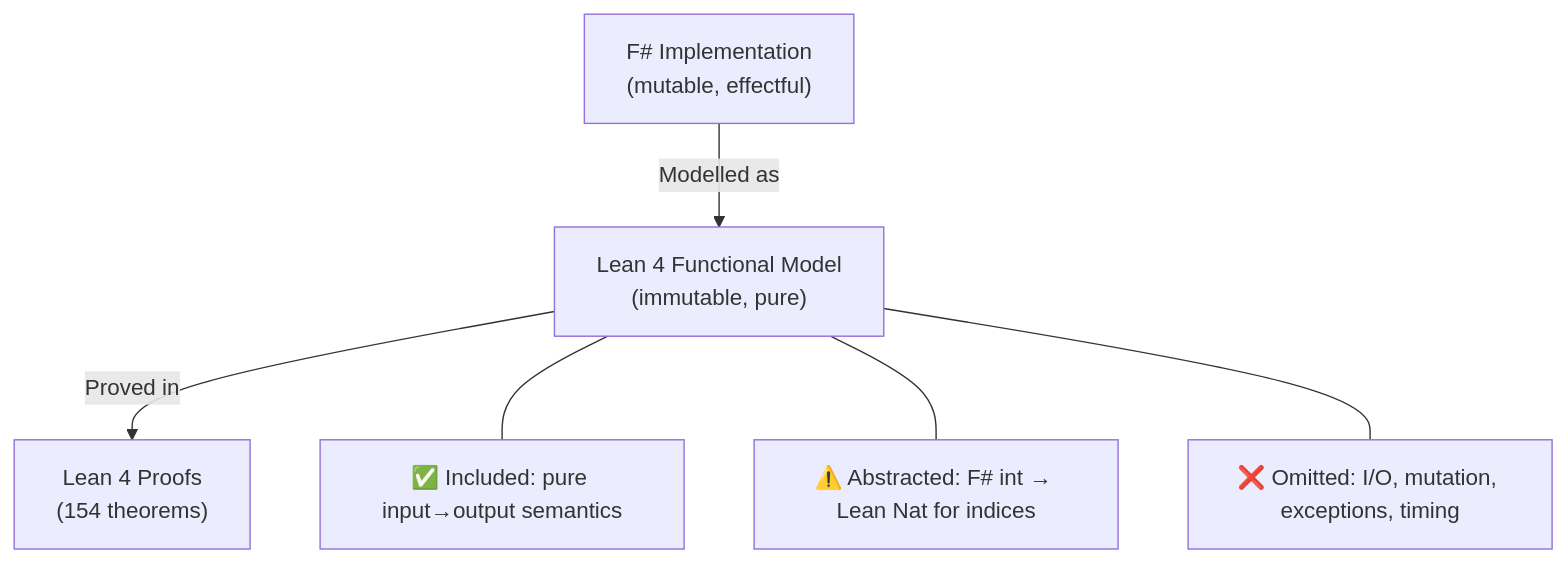
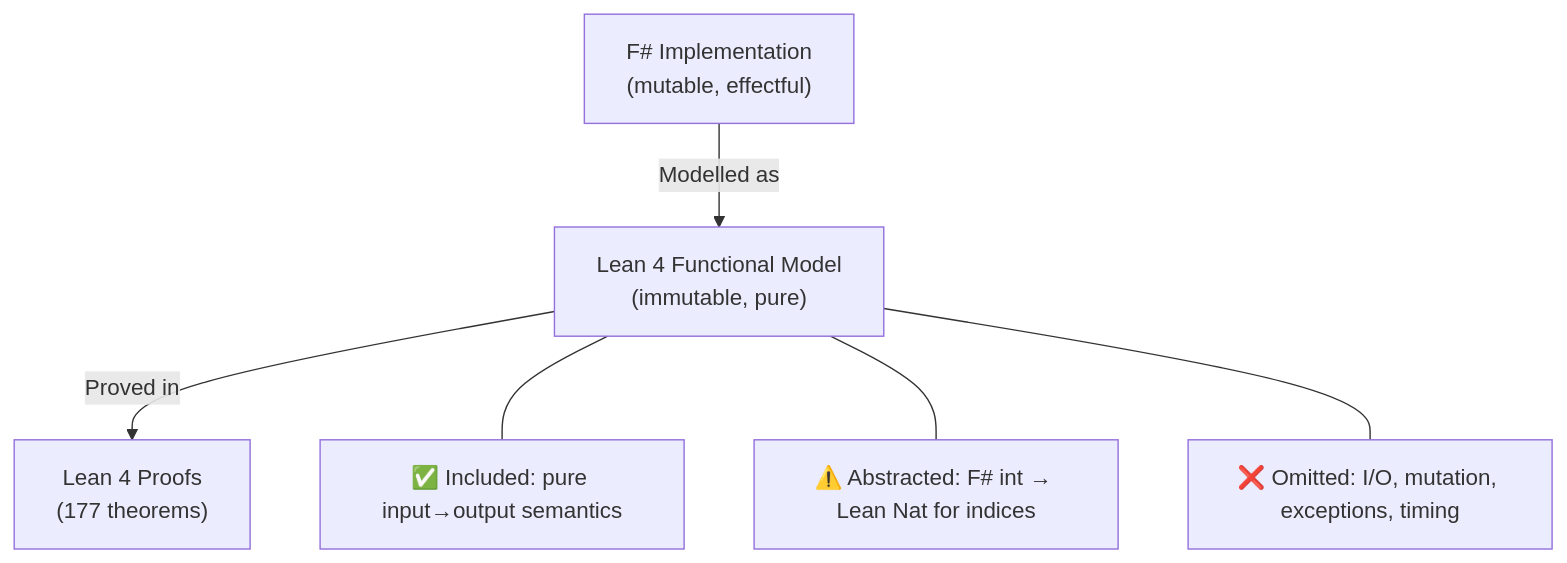
Before and after one commit to WillEhrendreich/SageFs: the seventh of 8 diagrams in formal-verification/REPORT.md, drawn with Mermaid. The commit also changed other lines of this file and 3 other files, not shown here.

````diff
--- a/formal-verification/REPORT.md
+++ b/formal-verification/REPORT.md
@@ -159,14 +219,14 @@
 ```mermaid
 graph TD
   REAL["F# Implementation<br/>(mutable, effectful)"]
   MODEL["Lean 4 Functional Model<br/>(immutable, pure)"]
-  PROOF["Lean 4 Proofs<br/>(154 theorems)"]
+  PROOF["Lean 4 Proofs<br/>(177 theorems)"]
   REAL -->|"Modelled as"| MODEL
   MODEL -->|"Proved in"| PROOF
   NOTE1["✅ Included: pure input→output semantics"]
   NOTE2["⚠️ Abstracted: F# int → Lean Nat for indices"]
   NOTE3["❌ Omitted: I/O, mutation, exceptions, timing"]
   MODEL --- NOTE1
   MODEL --- NOTE2
   MODEL --- NOTE3
 ```
````
